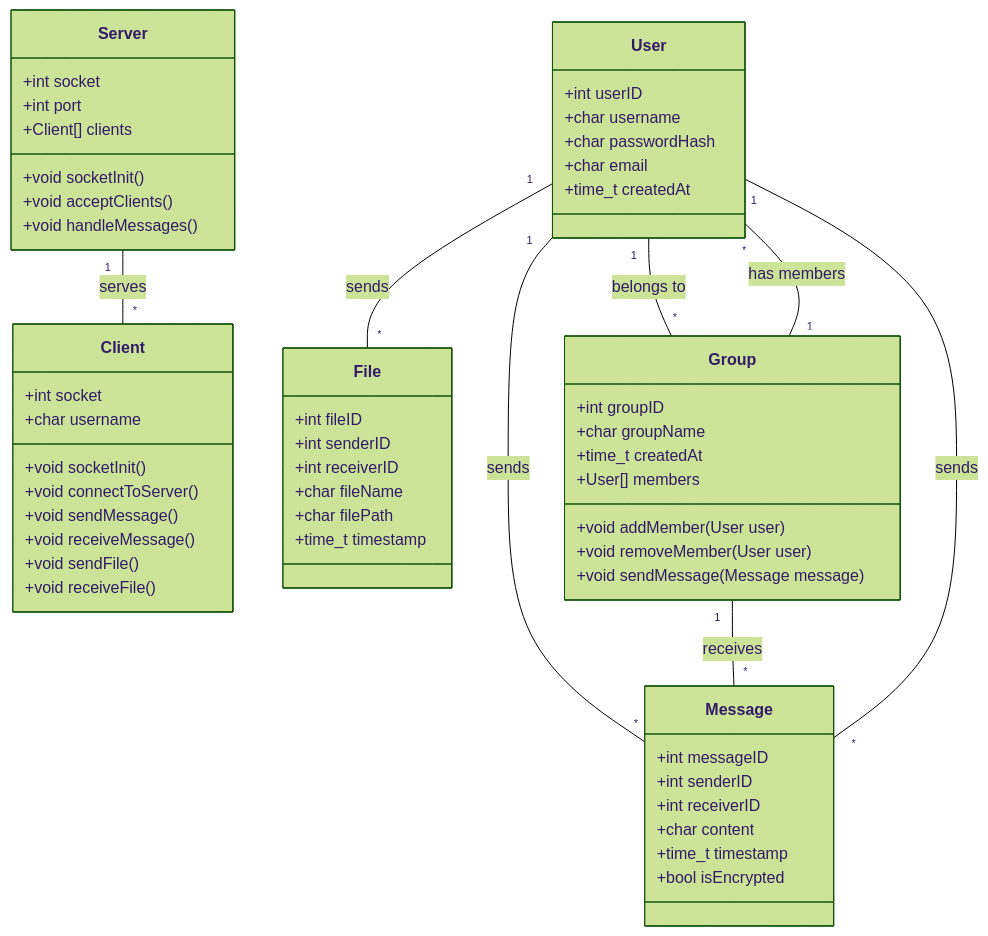
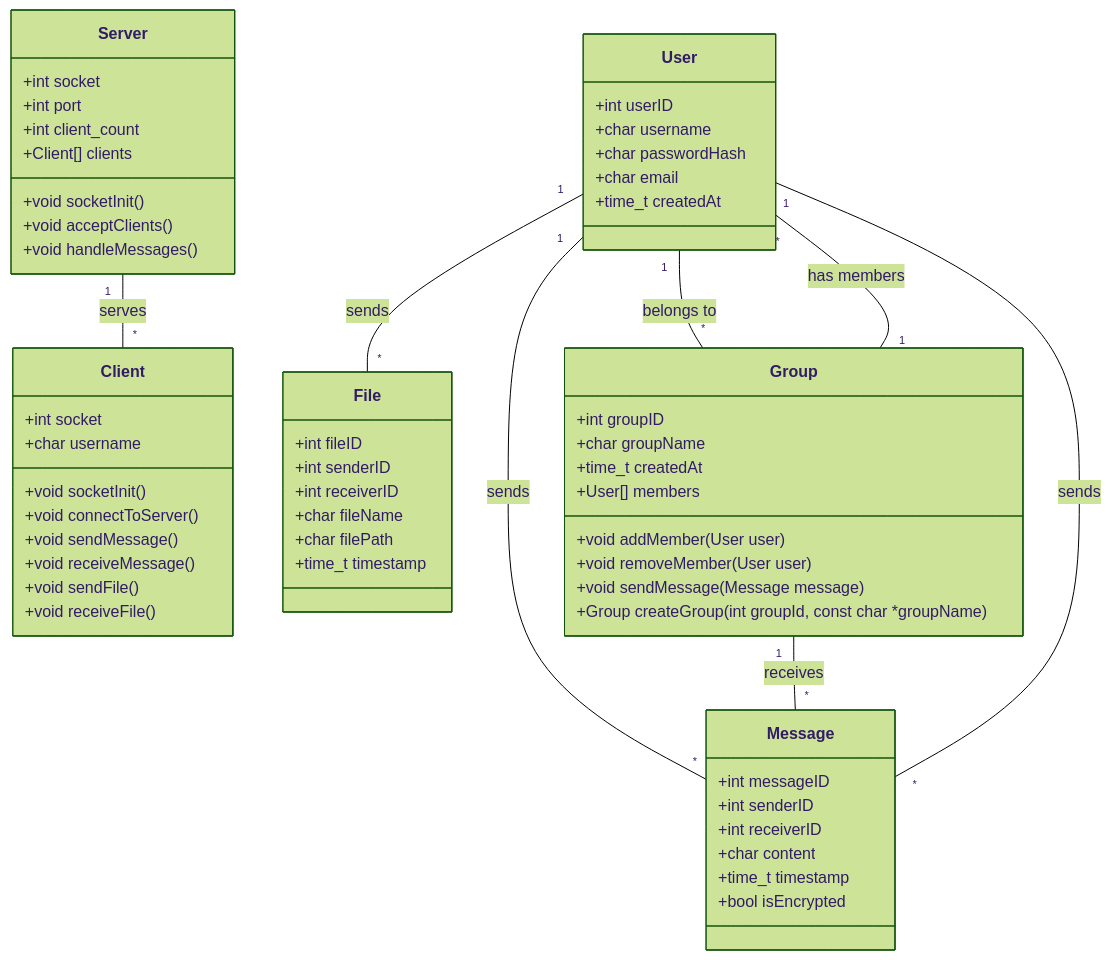
One commit to StefanPenchev05/C-Chat changed the third of 3 diagrams in README.md. Above: the diagram before and after it, drawn with Mermaid (forest theme).

````diff
--- a/README.md
+++ b/README.md
@@ -171,66 +171,68 @@
 ```mermaid
 classDiagram
     class Server {
         +int socket
         +int port
+        +int client_count
         +Client[] clients
         +void socketInit()
         +void acceptClients()
         +void handleMessages()
     }
 
     class Client {
         +int socket
         +char username
         +void socketInit()
         +void connectToServer()
         +void sendMessage()
         +void receiveMessage()
         +void sendFile()
         +void receiveFile()
     }
 
     class User {
         +int userID
         +char username
         +char passwordHash
         +char email
         +time_t createdAt
     }
 
     class Message {
         +int messageID
         +int senderID
         +int receiverID
         +char content
         +time_t timestamp
         +bool isEncrypted
     }
 
     class File {
         +int fileID
         +int senderID
         +int receiverID
         +char fileName
         +char filePath
         +time_t timestamp
     }
 
     class Group {
         +int groupID
         +char groupName
         +time_t createdAt
         +User[] members
         +void addMember(User user)
         +void removeMember(User user)
         +void sendMessage(Message message)
+        +Group createGroup(int groupId, const char *groupName)
     }
 
     Server "1" -- "*" Client : serves
     User "1" -- "*" Message : sends
     User "1" -- "*" File : sends
     User "1" -- "*" Group : belongs to
     Group "1" -- "*" User : has members
     Group "1" -- "*" Message : receives
     User "1" -- "*" Message : sends
 ```
````
